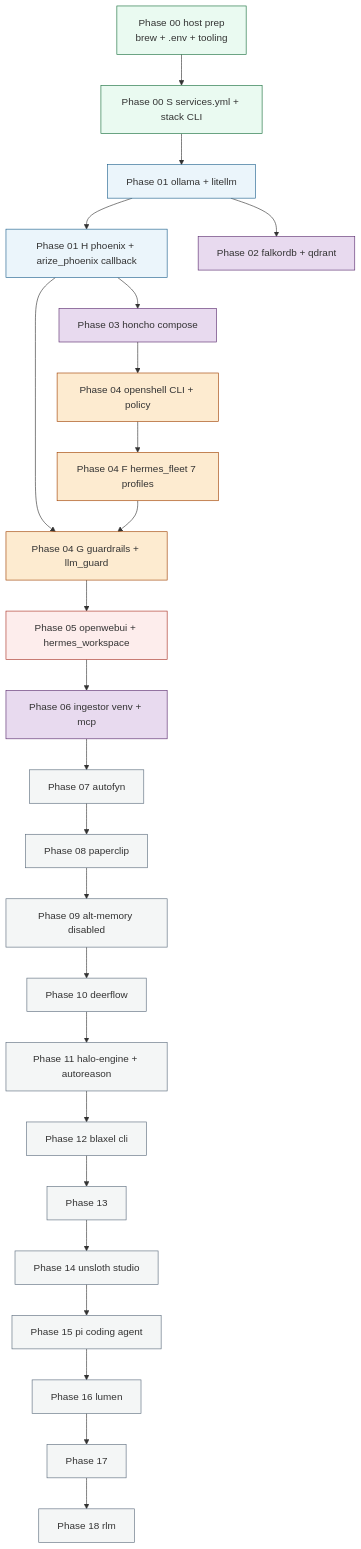
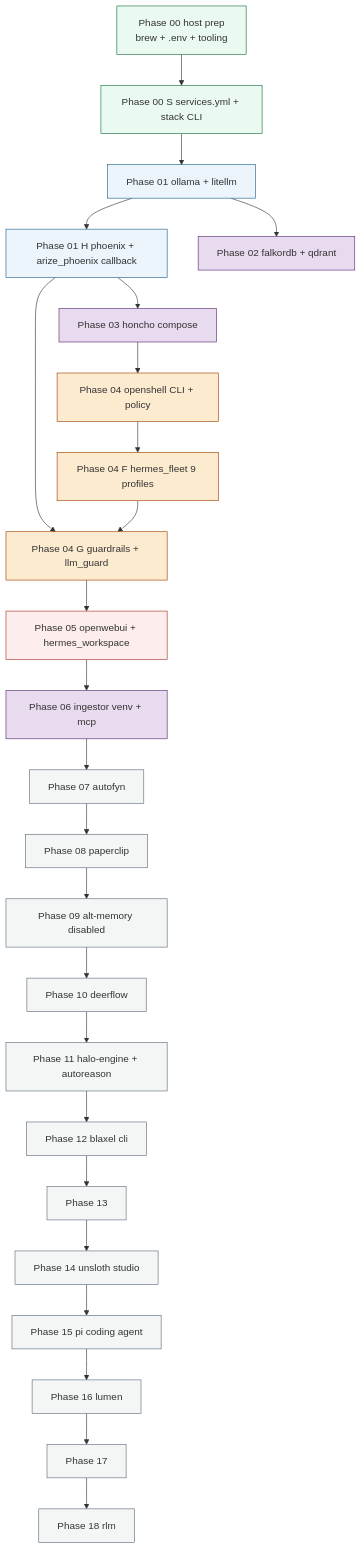
The sixth of 6 diagrams in doc/DEPENDENCIES.md (mayssamj/versatile-ai-stack), drawn with Mermaid before and after one commit. The commit also changed other lines of this file and 17 other files, not shown here.

````diff
--- a/doc/DEPENDENCIES.md
+++ b/doc/DEPENDENCIES.md
@@ -361,43 +361,43 @@
 ```mermaid
 graph TD
   classDef host fill:#eafaf1,stroke:#196f3d
   classDef inf fill:#ebf5fb,stroke:#1f618d
   classDef store fill:#e8daef,stroke:#5b2c6f
   classDef sec fill:#fdebd0,stroke:#a04000
   classDef ui fill:#fdedec,stroke:#a93226
   classDef opt fill:#f4f6f6,stroke:#5d6d7e
 
   p00[Phase 00 host prep<br/>brew + .env + tooling]:::host
   p00s[Phase 00 S services.yml + stack CLI]:::host
   p01[Phase 01 ollama + litellm]:::inf
   p01h[Phase 01 H phoenix + arize_phoenix callback]:::inf
   p02[Phase 02 falkordb + qdrant]:::store
   p03[Phase 03 honcho compose]:::store
   p04[Phase 04 openshell CLI + policy]:::sec
-  p04f[Phase 04 F hermes_fleet 7 profiles]:::sec
+  p04f[Phase 04 F hermes_fleet 9 profiles]:::sec
   p04g[Phase 04 G guardrails + llm_guard]:::sec
   p05[Phase 05 openwebui + hermes_workspace]:::ui
   p06[Phase 06 ingestor venv + mcp]:::store
   p07[Phase 07 autofyn]:::opt
   p08[Phase 08 paperclip]:::opt
   p09[Phase 09 alt-memory disabled]:::opt
   p10[Phase 10 deerflow]:::opt
   p11[Phase 11 halo-engine + autoreason]:::opt
   p12[Phase 12 blaxel cli]:::opt
   p13[Phase 13]:::opt
   p14[Phase 14 unsloth studio]:::opt
   p15[Phase 15 pi coding agent]:::opt
   p16[Phase 16 lumen]:::opt
   p17[Phase 17]:::opt
   p18[Phase 18 rlm]:::opt
 
   p00 --> p00s --> p01 --> p01h
   p01 --> p02
   p01h --> p03
   p03 --> p04 --> p04f
   p01h --> p04g
   p04f --> p04g
   p04g --> p05
   p05 --> p06
   p06 --> p07 --> p08 --> p09 --> p10 --> p11 --> p12 --> p13 --> p14 --> p15 --> p16 --> p17 --> p18
 ```
````
